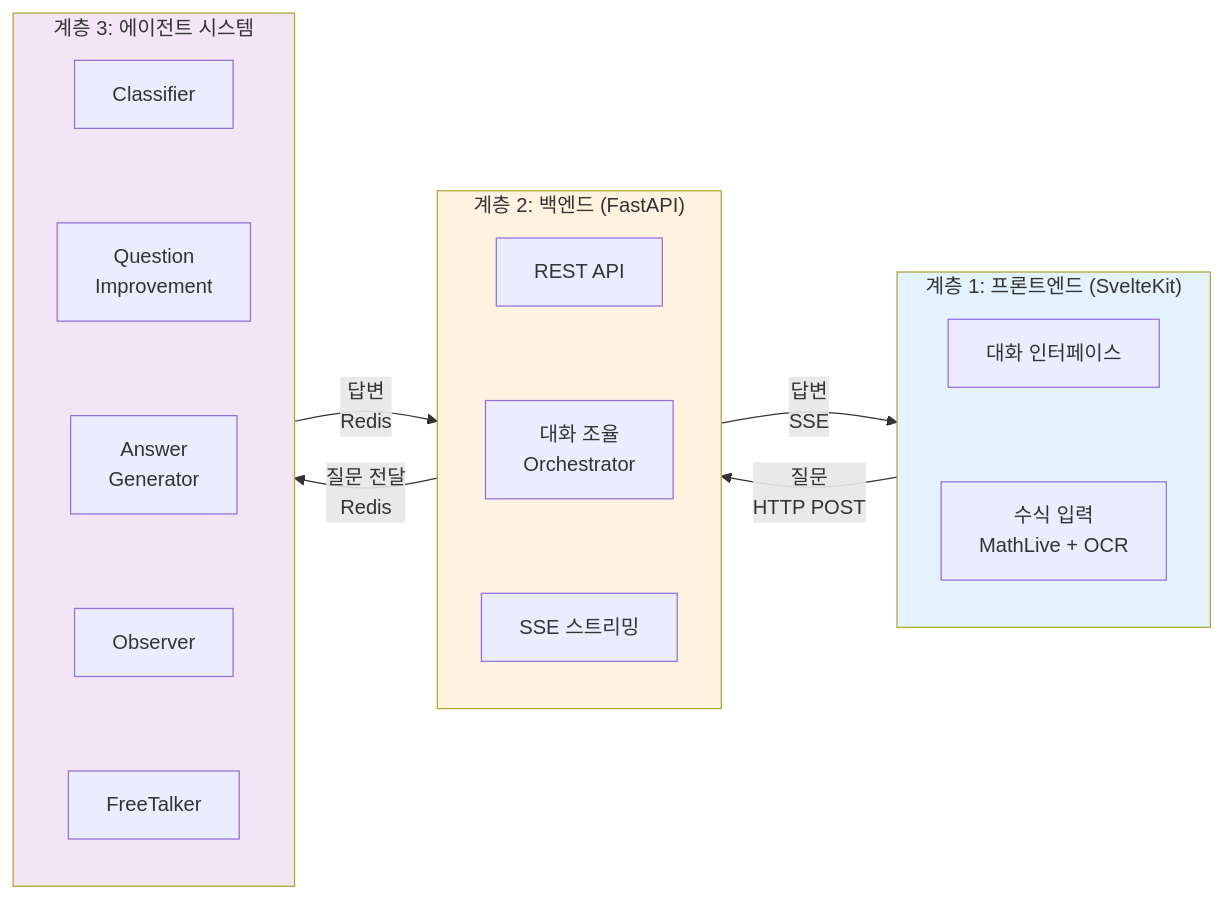
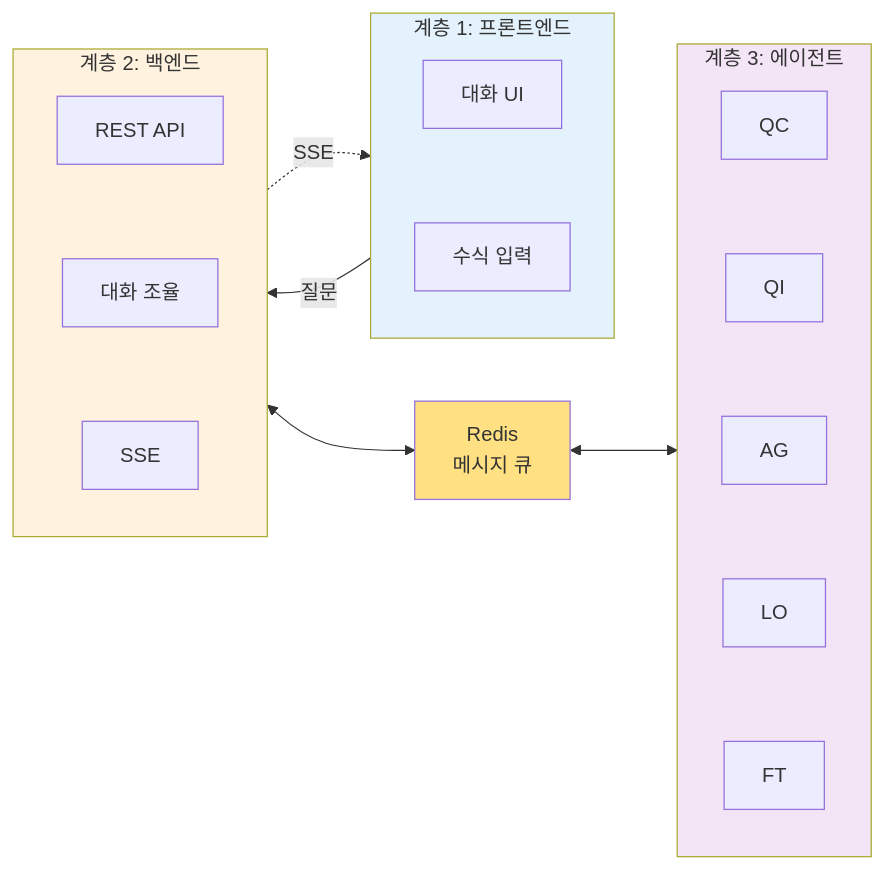
One commit to KimKyuBong/maice-paper-deploy changed the first of 16 diagrams in docs/chapters/04-system-implementation.md. Above: the diagram before and after it, drawn with Mermaid. The commit also changed other lines of this file and 79 other files, not shown here.

````diff
--- a/docs/chapters/04-system-implementation.md
+++ b/docs/chapters/04-system-implementation.md
@@ -32,30 +34,33 @@
 ```mermaid
-graph LR
-    subgraph Layer1["계층 1: 프론트엔드 (SvelteKit)"]
-        A[대화 인터페이스]
-        A ~~~ B[수식 입력<br/>MathLive + OCR]
+flowchart LR
+    subgraph L1["계층 1: 프론트엔드"]
+        A[대화 UI]
+        A ~~~ B[수식 입력]
     end
     
-    subgraph Layer2["계층 2: 백엔드 (FastAPI)"]
+    subgraph L2["계층 2: 백엔드"]
         C[REST API]
-        C ~~~ D[대화 조율<br/>Orchestrator]
-        D ~~~ E[SSE 스트리밍]
+        C ~~~ D[대화 조율]
+        D ~~~ E[SSE]
     end
     
-    subgraph Layer3["계층 3: 에이전트 시스템"]
-        F1[Classifier]
-        F1 ~~~ F2[Question<br/>Improvement]
-        F2 ~~~ F3[Answer<br/>Generator]
-        F3 ~~~ F4[Observer]
-        F4 ~~~ F5[FreeTalker]
+    R[Redis<br/>메시지 큐]
+    
+    subgraph L3["계층 3: 에이전트"]
+        F1[QC]
+        F1 ~~~ F2[QI]
+        F2 ~~~ F3[AG]
+        F3 ~~~ F4[LO]
+        F4 ~~~ F5[FT]
     end
     
-    Layer1 -->|질문<br/>HTTP POST| Layer2
-    Layer2 -->|질문 전달<br/>Redis| Layer3
-    Layer3 -->|답변<br/>Redis| Layer2
-    Layer2 -->|답변<br/>SSE| Layer1
+    L1 -->|질문| L2
+    L2 -.->|SSE| L1
+    L2 <--> R
+    R <--> L3
     
-    style Layer1 fill:#E3F2FD
-    style Layer2 fill:#FFF3E0
-    style Layer3 fill:#F3E5F5
+    style L1 fill:#E3F2FD
+    style L2 fill:#FFF3E0
+    style R fill:#FFE082
+    style L3 fill:#F3E5F5
 ```
````
